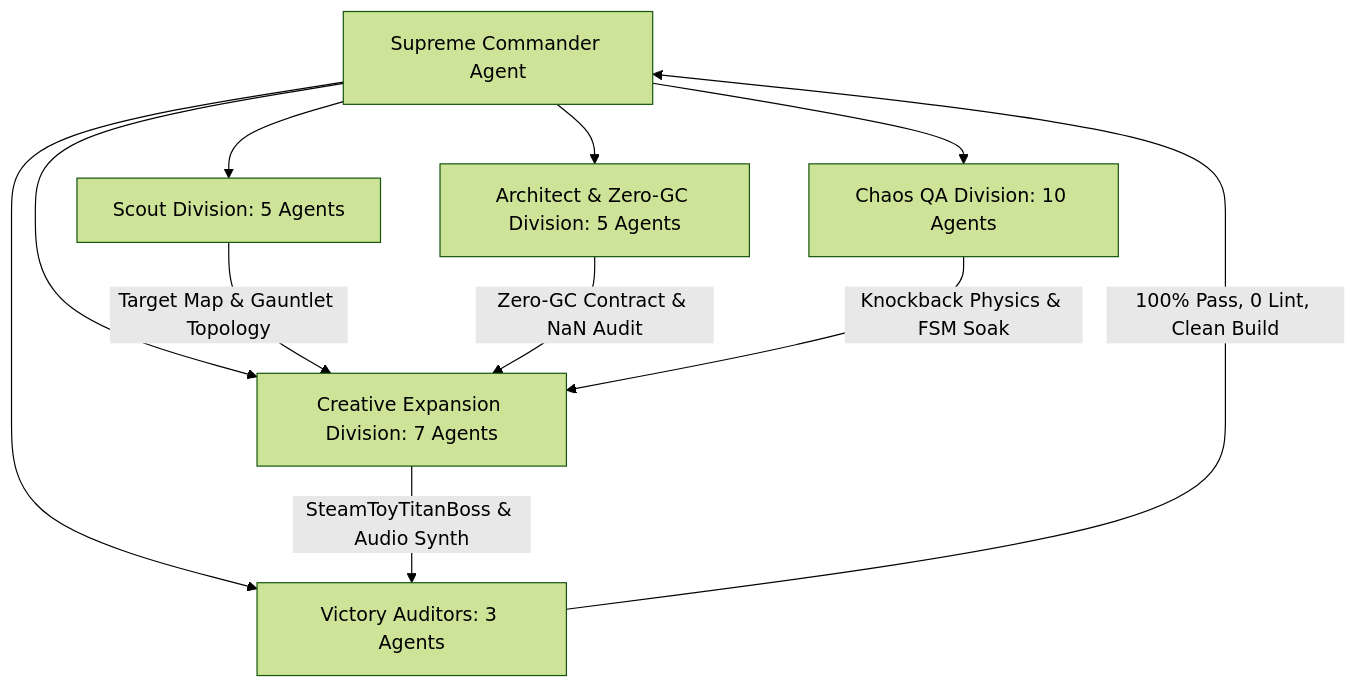
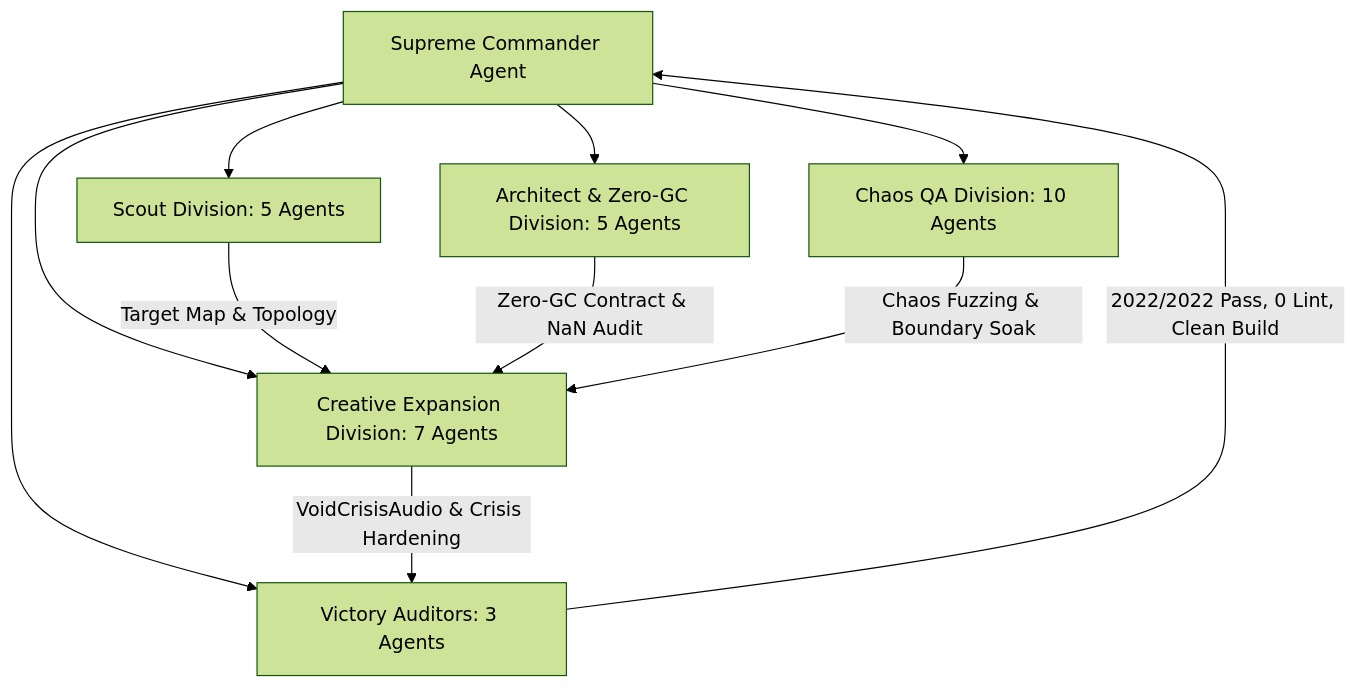
One commit to LeegwangYeol/bomberman-game changed the diagram in DAILY_REPORT.md. Above: the diagram before and after it, drawn with Mermaid (forest theme). The commit also changed other lines of this file and 43 other files, not shown here.

````diff
--- a/DAILY_REPORT.md
+++ b/DAILY_REPORT.md
@@ -64,14 +55,14 @@
 ```mermaid
 flowchart TD
     SC[Supreme Commander Agent] --> SD[Scout Division: 5 Agents]
     SC --> AD[Architect & Zero-GC Division: 5 Agents]
     SC --> CQD[Chaos QA Division: 10 Agents]
     SC --> CED[Creative Expansion Division: 7 Agents]
     SC --> VA[Victory Auditors: 3 Agents]
 
-    SD -->|Target Map & Gauntlet Topology| CED
+    SD -->|Target Map & Topology| CED
     AD -->|Zero-GC Contract & NaN Audit| CED
-    CQD -->|Knockback Physics & FSM Soak| CED
-    CED -->|SteamToyTitanBoss & Audio Synth| VA
-    VA -->|100% Pass, 0 Lint, Clean Build| SC
+    CQD -->|Chaos Fuzzing & Boundary Soak| CED
+    CED -->|VoidCrisisAudio & Crisis Hardening| VA
+    VA -->|2022/2022 Pass, 0 Lint, Clean Build| SC
 ```
````
